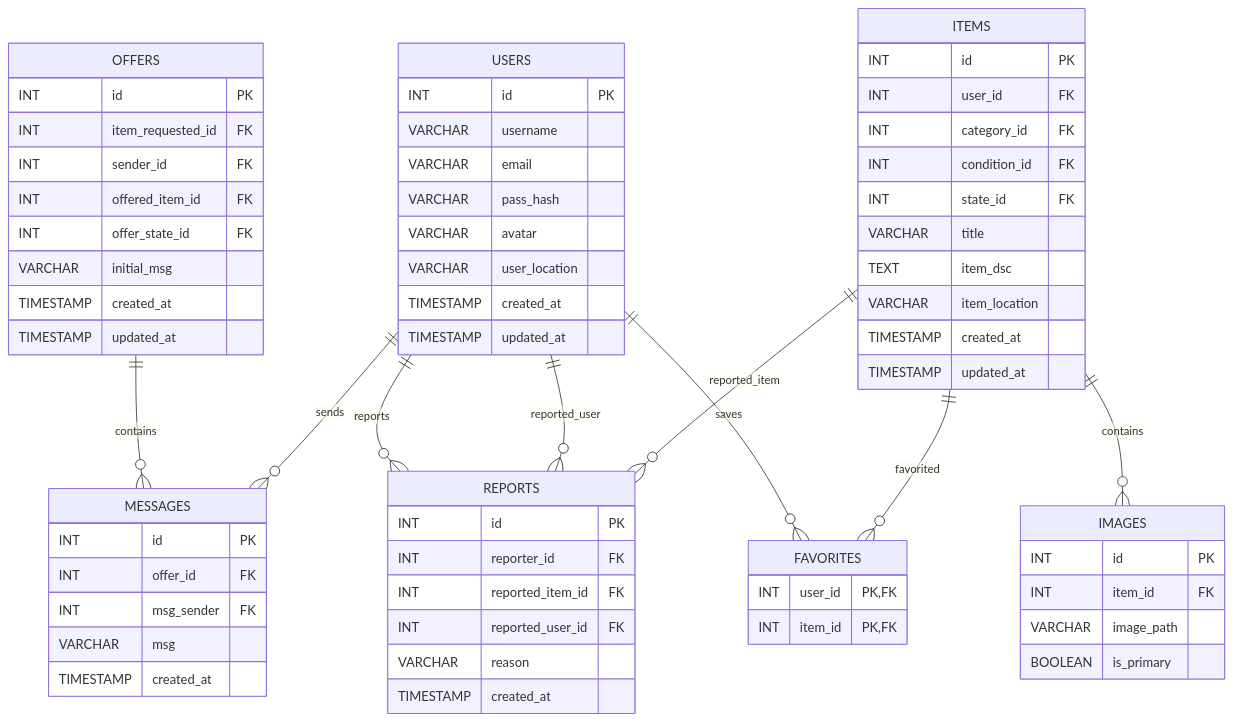
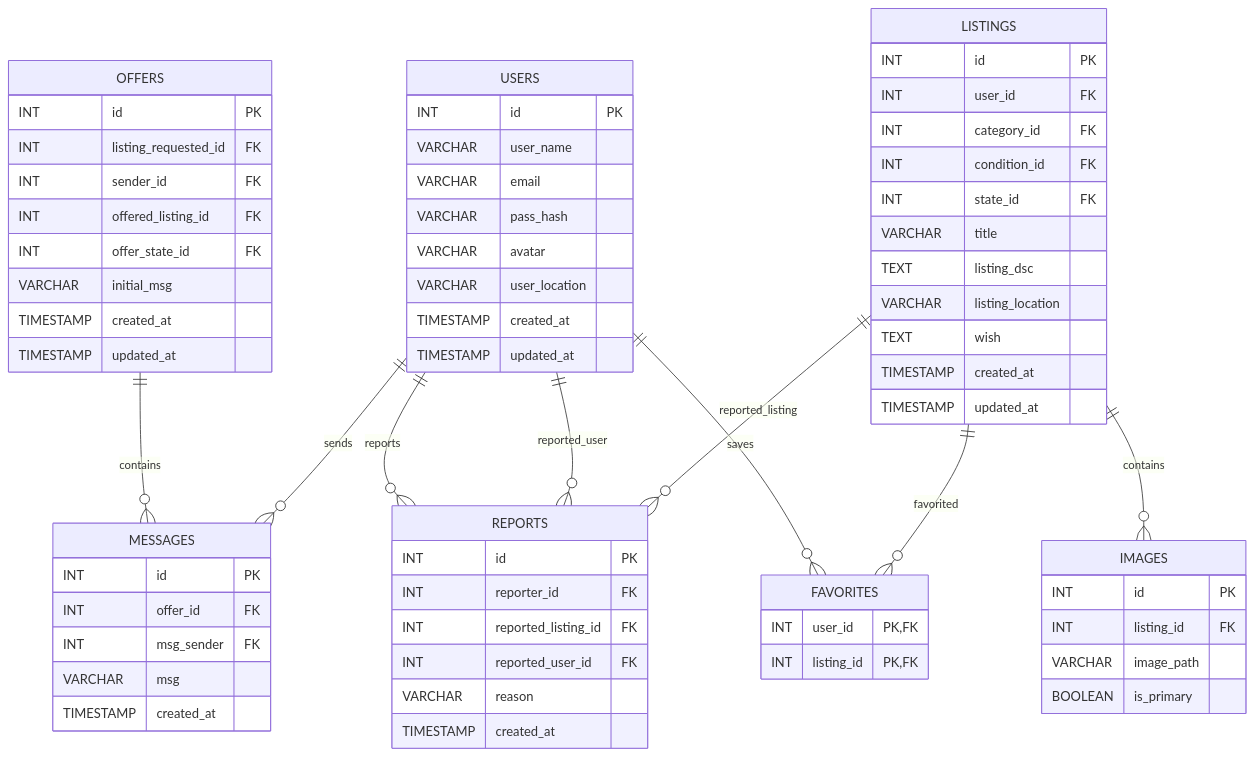
One commit to djunho/daka changed the second of 2 diagrams in srcs/requirements/mariadb/dakaERD.md. Above: the diagram before and after it, drawn with Mermaid. The commit also changed other lines of this file and 2 other files, not shown here.

Commit message:
fix/item to listing plus adding wish

````diff
--- a/srcs/requirements/mariadb/dakaERD.md
+++ b/srcs/requirements/mariadb/dakaERD.md
@@ -78,80 +79,81 @@
 ```mermaid
 erDiagram
 
     IMAGES {
         INT id PK
-        INT item_id FK
+        INT listing_id FK
         VARCHAR image_path
         BOOLEAN is_primary
     }
 
     MESSAGES {
         INT id PK
         INT offer_id FK
         INT msg_sender FK
         VARCHAR msg
         TIMESTAMP created_at
     }
 
     REPORTS {
         INT id PK
         INT reporter_id FK
-        INT reported_item_id FK
+        INT reported_listing_id FK
         INT reported_user_id FK
         VARCHAR reason
         TIMESTAMP created_at
     }
 
     FAVORITES {
         INT user_id PK,FK
-        INT item_id PK,FK
+        INT listing_id PK,FK
     }
 
     USERS {
         INT id PK
-        VARCHAR username
+        VARCHAR user_name
         VARCHAR email
         VARCHAR pass_hash
         VARCHAR avatar
         VARCHAR user_location
         TIMESTAMP created_at
         TIMESTAMP updated_at
     }
 
-    ITEMS {
+    LISTINGS {
         INT id PK
         INT user_id FK
         INT category_id FK
         INT condition_id FK
         INT state_id FK
         VARCHAR title
-        TEXT item_dsc
-        VARCHAR item_location
+        TEXT listing_dsc
+        VARCHAR listing_location
+		TEXT wish
         TIMESTAMP created_at
         TIMESTAMP updated_at
     }
 
     OFFERS {
         INT id PK
-        INT item_requested_id FK
+        INT listing_requested_id FK
         INT sender_id FK
-        INT offered_item_id FK
+        INT offered_listing_id FK
         INT offer_state_id FK
         VARCHAR initial_msg
         TIMESTAMP created_at
         TIMESTAMP updated_at
     }
 
-    ITEMS ||--o{ IMAGES : contains
+    LISTINGS ||--o{ IMAGES : contains
 
     OFFERS ||--o{ MESSAGES : contains
     USERS ||--o{ MESSAGES : sends
 
     USERS ||--o{ REPORTS : reports
     USERS ||--o{ REPORTS : reported_user
-    ITEMS ||--o{ REPORTS : reported_item
+    LISTINGS ||--o{ REPORTS : reported_listing
 
     USERS ||--o{ FAVORITES : saves
-    ITEMS ||--o{ FAVORITES : favorited
+    LISTINGS ||--o{ FAVORITES : favorited
 
 ```
````
